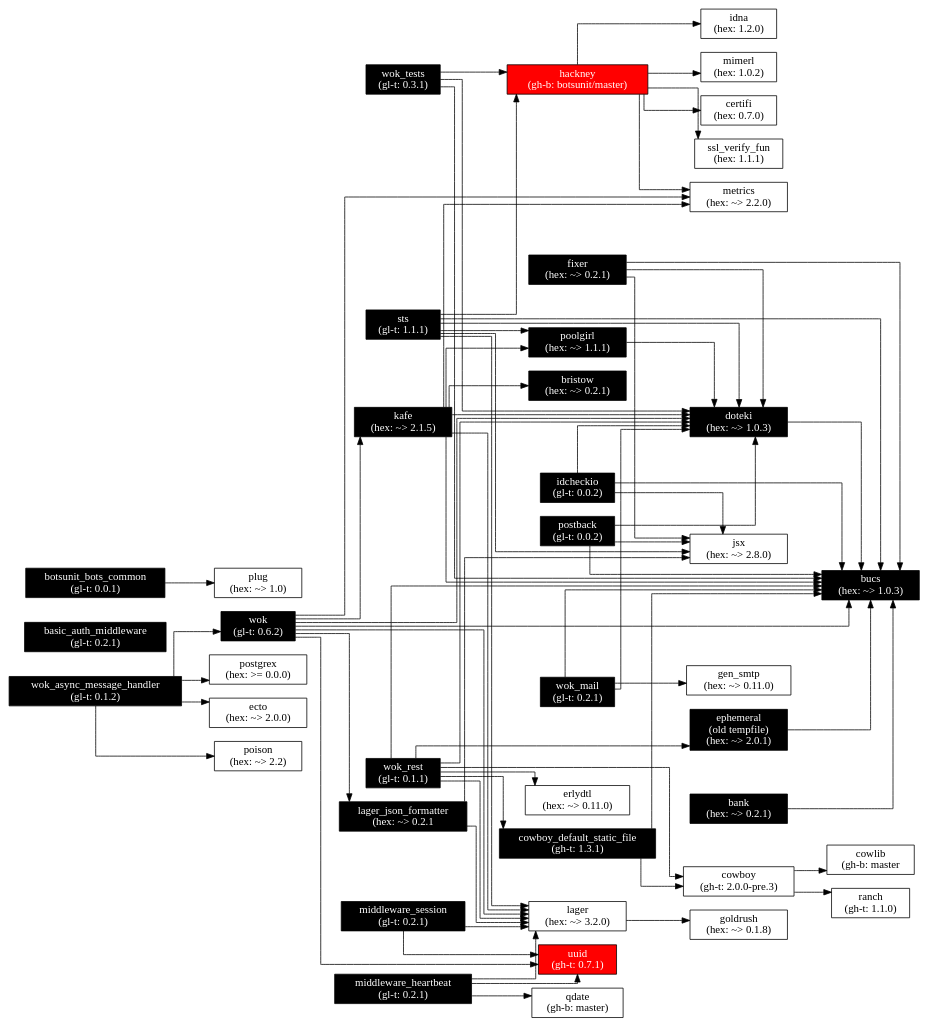
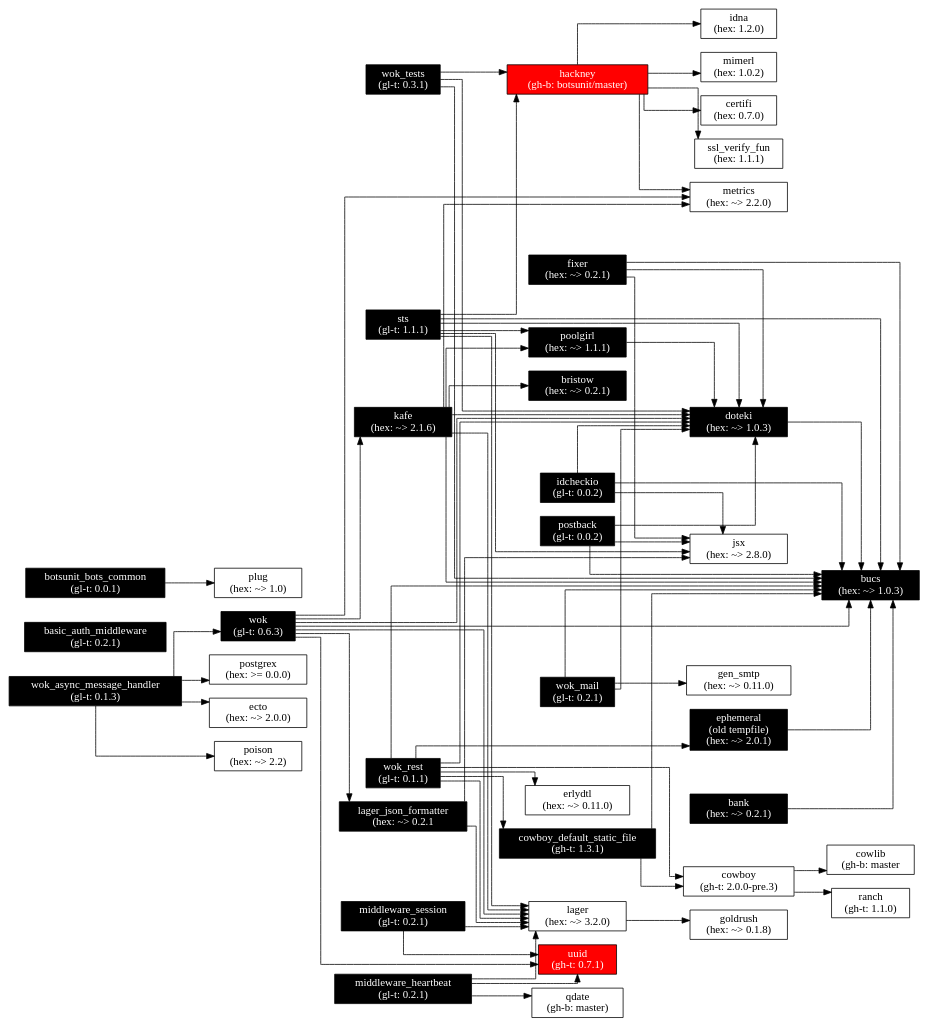
The diagram in images/wok.deps.gv (botsunit/wok), drawn with Graphviz before and after one commit. The commit also changed 6 other files, not shown here.

```diff
--- a/images/wok.deps.gv
+++ b/images/wok.deps.gv
@@ -6,7 +6,7 @@
     rankdir=LR;
   ];
 
-  wok[label="wok\n(gl-t: 0.6.2)",
+  wok[label="wok\n(gl-t: 0.6.3)",
       fontcolor="white",
       style="filled",
       fillcolor="black"];
@@ -15,7 +15,7 @@
                        fontcolor="white",
                        style="filled"
                        fillcolor="black"];
-  kafe[label="kafe\n(hex: ~> 2.1.5)",
+  kafe[label="kafe\n(hex: ~> 2.1.6)",
        fontcolor="white",
        style="filled",
        fillcolor="black"];
@@ -88,7 +88,7 @@
                        style="filled",
                        fillcolor="black"];
   qdate[label="qdate\n(gh-b: master)"];
-  wok_async_message_handler[label="wok_async_message_handler\n(gl-t: 0.1.2)",
+  wok_async_message_handler[label="wok_async_message_handler\n(gl-t: 0.1.3)",
                             fontcolor="white",
                             style="filled",
                             fillcolor="black"];
```
